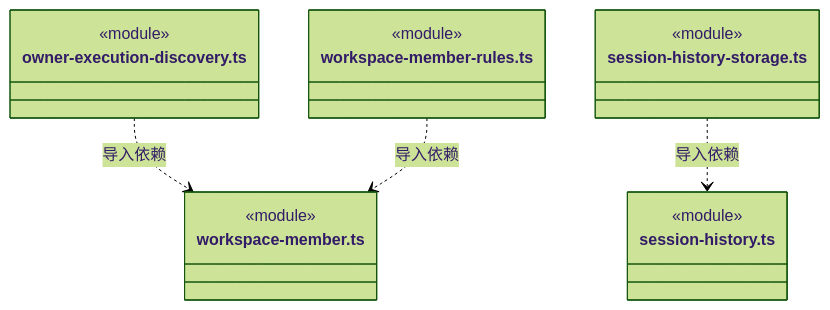
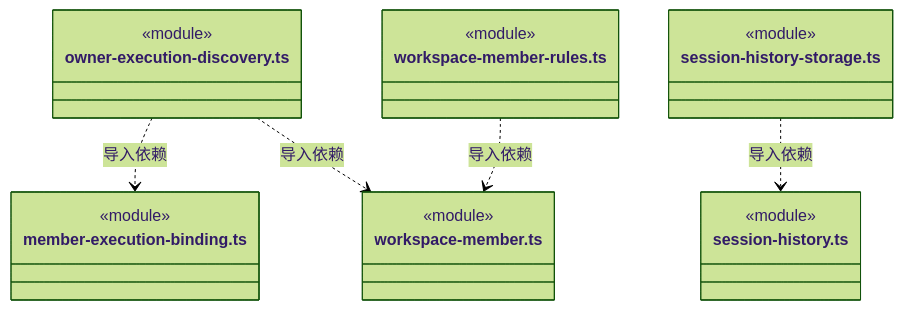
Diagram 30 of 31 in src/backend/core/team/ARCHITECTURE.md (nan023062/cbim), drawn with Mermaid (forest theme) before and after one commit. The commit also changed other lines of this file and 62 other files, not shown here.

First line of the commit message:
feat: resolve implicit owners and unify architecture governance views

````diff
--- a/src/backend/core/team/ARCHITECTURE.md
+++ b/src/backend/core/team/ARCHITECTURE.md
@@ -686,21 +704,25 @@
 ```mermaid
 classDiagram
 class N_src_backend_core_team_owner_execution_discovery_ts["owner-execution-discovery.ts"] {
+  <<module>>
+}
+class N_src_backend_core_team_member_execution_binding_ts["member-execution-binding.ts"] {
   <<module>>
 }
 class N_src_backend_core_team_workspace_member_ts["workspace-member.ts"] {
   <<module>>
 }
 class N_src_backend_core_team_session_history_storage_ts["session-history-storage.ts"] {
   <<module>>
 }
 class N_src_backend_core_team_session_history_ts["session-history.ts"] {
   <<module>>
 }
 class N_src_backend_core_team_workspace_member_rules_ts["workspace-member-rules.ts"] {
   <<module>>
 }
+N_src_backend_core_team_owner_execution_discovery_ts ..> N_src_backend_core_team_member_execution_binding_ts : 导入依赖
 N_src_backend_core_team_owner_execution_discovery_ts ..> N_src_backend_core_team_workspace_member_ts : 导入依赖
 N_src_backend_core_team_session_history_storage_ts ..> N_src_backend_core_team_session_history_ts : 导入依赖
 N_src_backend_core_team_workspace_member_rules_ts ..> N_src_backend_core_team_workspace_member_ts : 导入依赖
 ```
````
